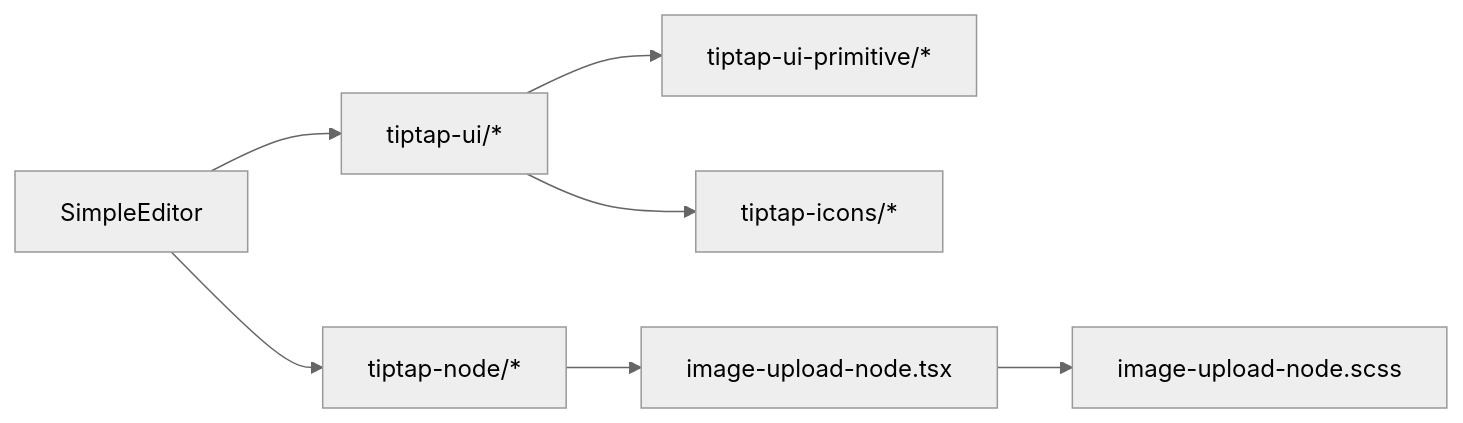
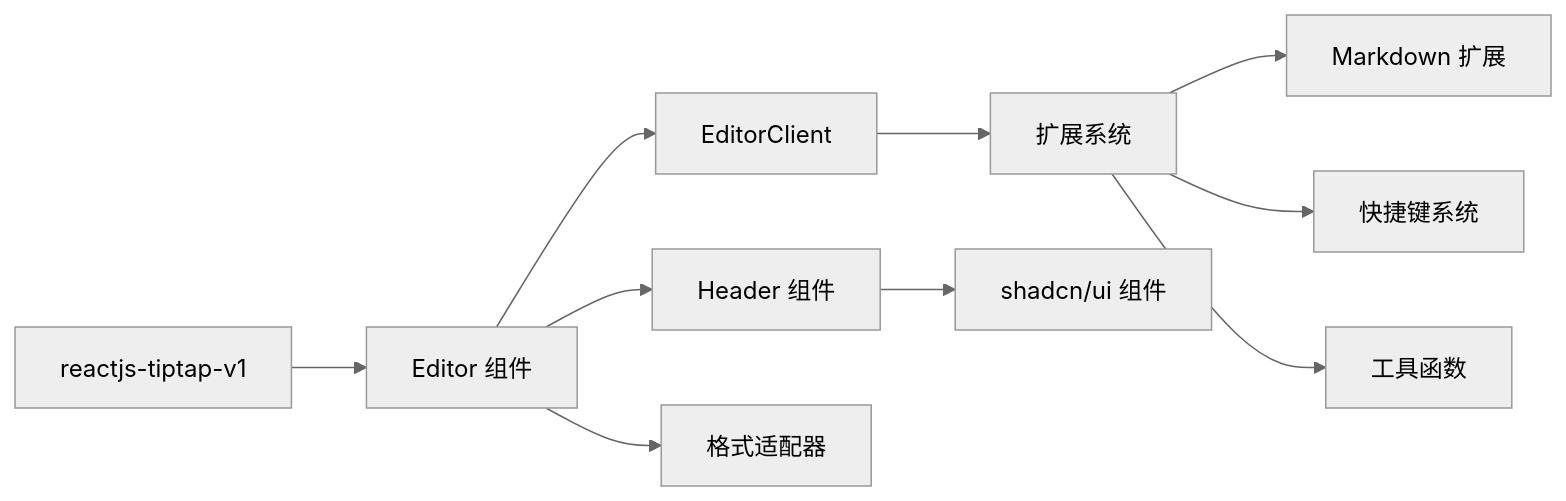
Before and after one commit to gzdxhujiale/FishWorker: the seventh of 7 diagrams in .qoder/repowiki/zh/content/TipTap 编辑器系统/TipTap 编辑器系统.md, drawn with Mermaid (neutral theme). The commit also changed other lines of this file and 19 other files, not shown here.

````diff
--- a/.qoder/repowiki/zh/content/TipTap 编辑器系统/TipTap 编辑器系统.md
+++ b/.qoder/repowiki/zh/content/TipTap 编辑器系统/TipTap 编辑器系统.md
@@ -497,9 +297,12 @@
 ```mermaid
 graph LR
-SE["SimpleEditor"] --> UI["tiptap-ui/*"]
-SE --> EXT["tiptap-node/*"]
-UI --> PRIM["tiptap-ui-primitive/*"]
-UI --> ICONS["tiptap-icons/*"]
-EXT --> RENDER["image-upload-node.tsx"]
-RENDER --> STYLE["image-upload-node.scss"]
+CORE["reactjs-tiptap-v1"] --> EDITOR["Editor 组件"]
+EDITOR --> CLIENT["EditorClient"]
+EDITOR --> HEADER["Header 组件"]
+CLIENT --> EXTENSIONS["扩展系统"]
+EXTENSIONS --> MD_EXT["Markdown 扩展"]
+EXTENSIONS --> SHORTCUTS["快捷键系统"]
+EXTENSIONS --> UTILS["工具函数"]
+HEADER --> UI_LIB["shadcn/ui 组件"]
+EDITOR --> ADAPTER["格式适配器"]
 ```
````
